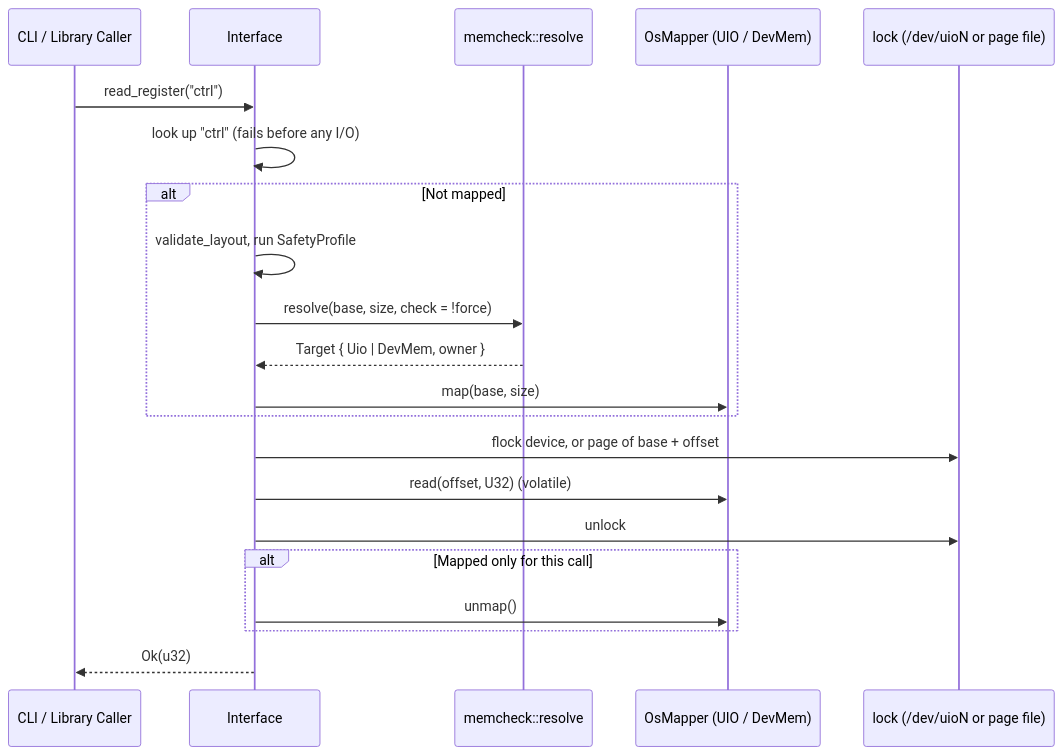
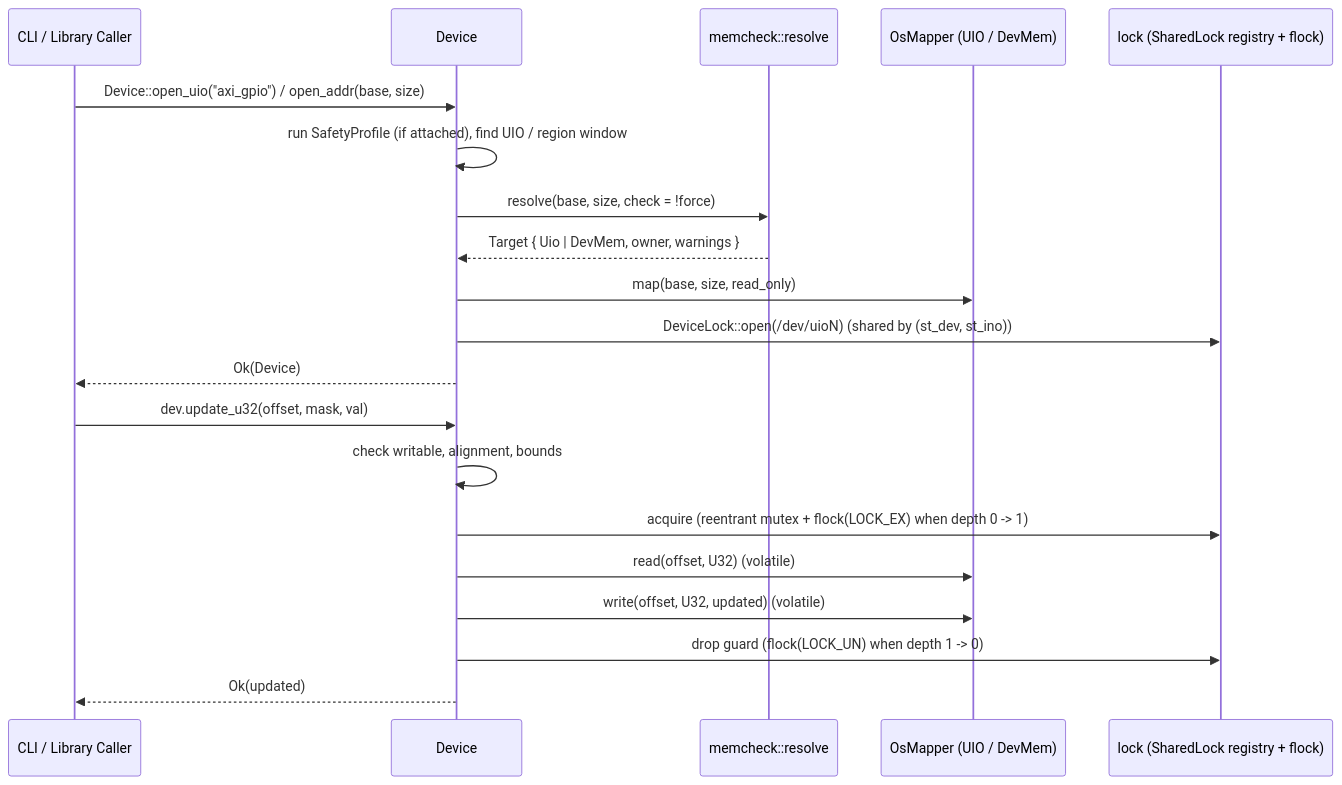
The diagram in docs/developers/01-architecture.md (PurnenduK90/mmreg), drawn with Mermaid before and after one commit. The commit also changed other lines of this file and 20 other files, not shown here.

Commit message:
Core, UIO Discovery & Interrupts, Sequence Locks, and Multi-Width CLI

````diff
--- a/docs/developers/01-architecture.md
+++ b/docs/developers/01-architecture.md
@@ -29,24 +32,24 @@
 ```mermaid
 sequenceDiagram
     participant Caller as CLI / Library Caller
-    participant Iface as Interface
+    participant Dev as Device
     participant Check as memcheck::resolve
     participant Mapper as OsMapper (UIO / DevMem)
-    participant Lock as lock (/dev/uioN or page file)
+    participant Lock as lock (SharedLock registry + flock)
 
-    Caller->>Iface: read_register("ctrl")
-    Iface->>Iface: look up "ctrl" (fails before any I/O)
-    alt Not mapped
-        Iface->>Iface: validate_layout, run SafetyProfile
-        Iface->>Check: resolve(base, size, check = !force)
-        Check-->>Iface: Target { Uio | DevMem, owner }
-        Iface->>Mapper: map(base, size)
-    end
-    Iface->>Lock: flock device, or page of base + offset
-    Iface->>Mapper: read(offset, U32) (volatile)
-    Iface->>Lock: unlock
-    alt Mapped only for this call
-        Iface->>Mapper: unmap()
-    end
-    Iface-->>Caller: Ok(u32)
+    Caller->>Dev: Device::open_uio("axi_gpio") / open_addr(base, size)
+    Dev->>Dev: run SafetyProfile (if attached), find UIO / region window
+    Dev->>Check: resolve(base, size, check = !force)
+    Check-->>Dev: Target { Uio | DevMem, owner, warnings }
+    Dev->>Mapper: map(base, size, read_only)
+    Dev->>Lock: DeviceLock::open(/dev/uioN) (shared by (st_dev, st_ino))
+    Dev-->>Caller: Ok(Device)
+
+    Caller->>Dev: dev.update_u32(offset, mask, val)
+    Dev->>Dev: check writable, alignment, bounds
+    Dev->>Lock: acquire (reentrant mutex + flock(LOCK_EX) when depth 0 -> 1)
+    Dev->>Mapper: read(offset, U32) (volatile)
+    Dev->>Mapper: write(offset, U32, updated) (volatile)
+    Dev->>Lock: drop guard (flock(LOCK_UN) when depth 1 -> 0)
+    Dev-->>Caller: Ok(updated)
 ```
````
